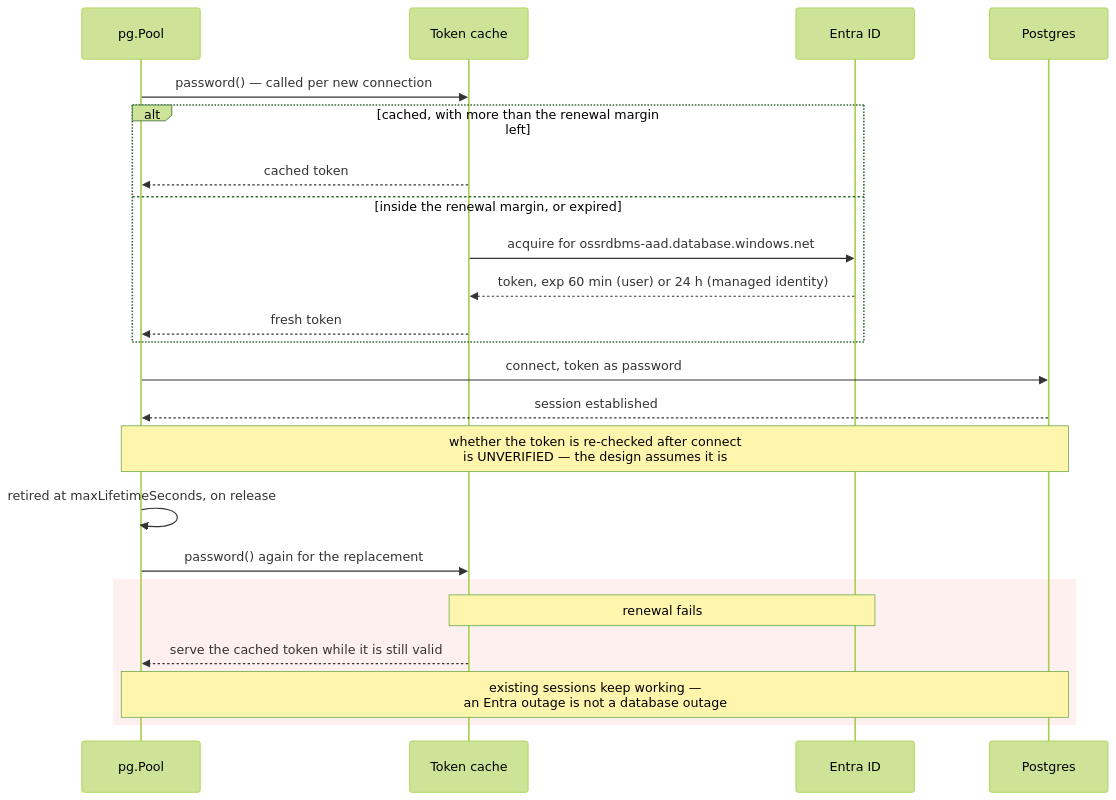
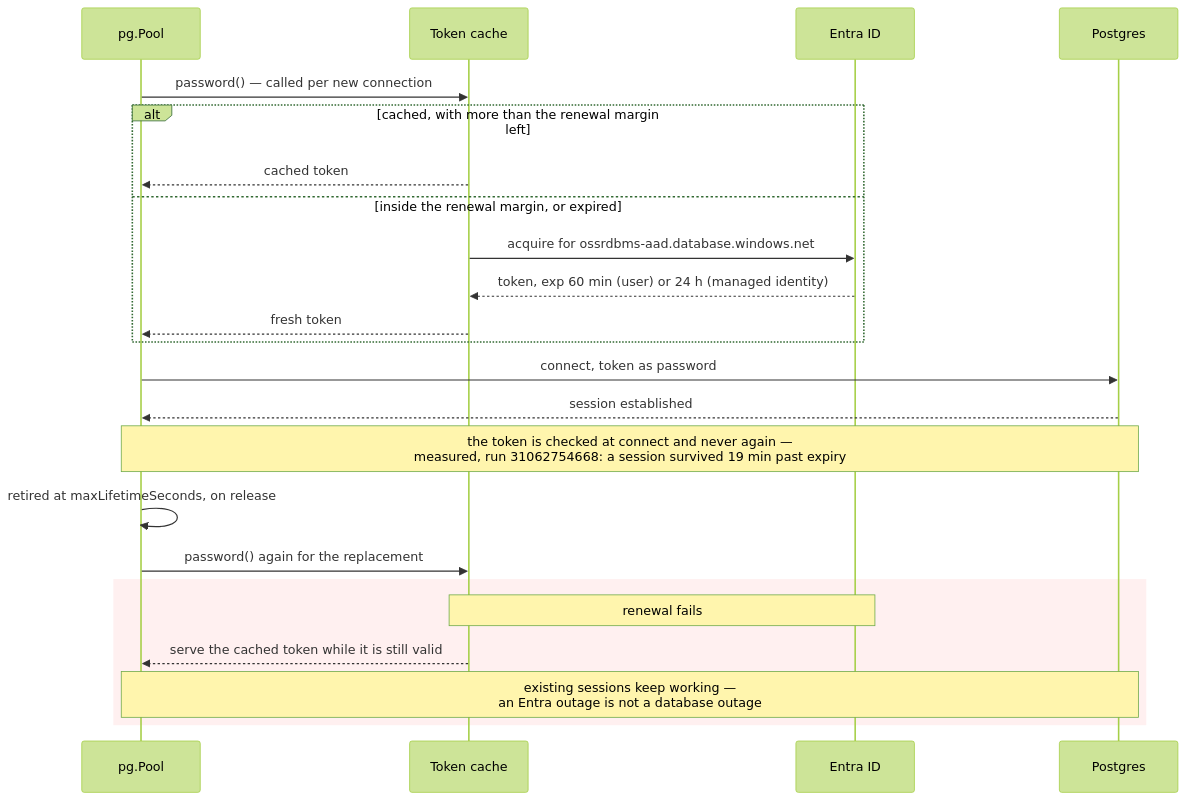
One commit to mbahgatTech/switchback changed the ninth of 10 diagrams in docs/architecture.md. Above: the diagram before and after it, drawn with Mermaid (forest theme). The commit also changed other lines of this file and 3 other files, not shown here.

First line of the commit message:
Answer the token-expiry question, and retire the job that could not

````diff
--- a/docs/architecture.md
+++ b/docs/architecture.md
@@ -304,28 +304,28 @@
 ```mermaid
 sequenceDiagram
   participant P as pg.Pool
   participant T as Token cache
   participant E as Entra ID
   participant DB as Postgres
 
   P->>T: password() — called per new connection
   alt cached, with more than the renewal margin left
     T-->>P: cached token
   else inside the renewal margin, or expired
     T->>E: acquire for ossrdbms-aad.database.windows.net
     E-->>T: token, exp 60 min (user) or 24 h (managed identity)
     T-->>P: fresh token
   end
   P->>DB: connect, token as password
   DB-->>P: session established
 
-  Note over P,DB: whether the token is re-checked after connect<br/>is UNVERIFIED — the design assumes it is
+  Note over P,DB: the token is checked at connect and never again —<br/>measured, run 31062754668: a session survived 19 min past expiry
   P->>P: retired at maxLifetimeSeconds, on release
   P->>T: password() again for the replacement
 
   rect rgb(255, 240, 240)
     Note over T,E: renewal fails
     T-->>P: serve the cached token while it is still valid
     Note over P,DB: existing sessions keep working —<br/>an Entra outage is not a database outage
   end
 ```
````
